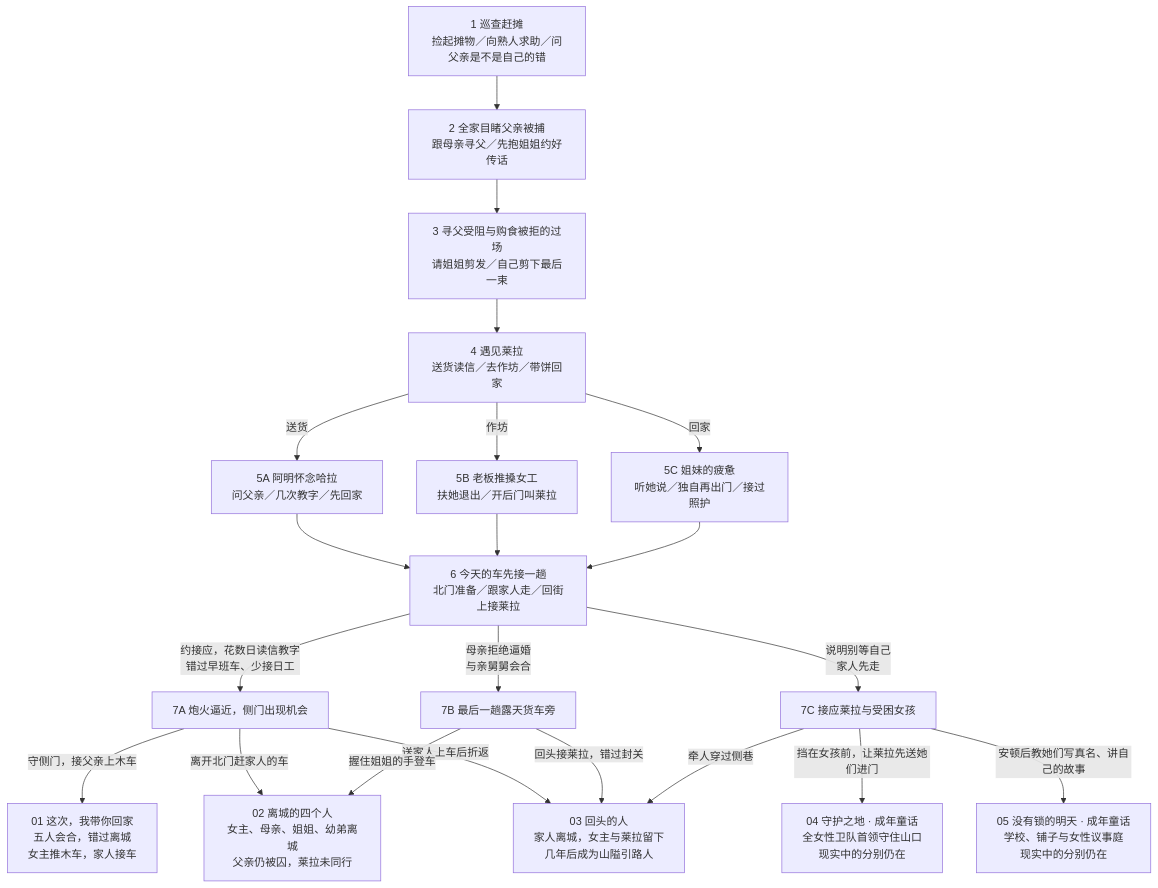
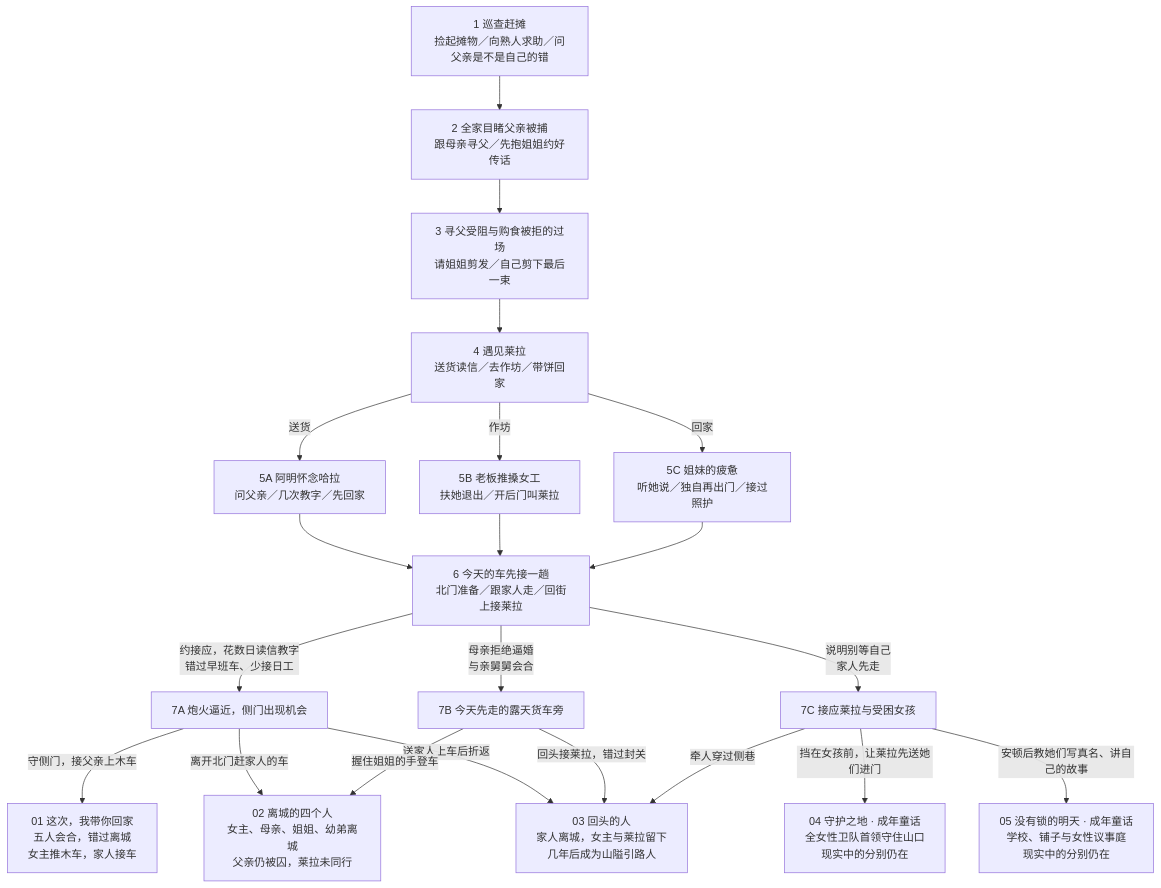
Before and after one commit to xypasolini-droid/sister-which-way: the diagram in docs/design/STORY-FLOW.md, drawn with Mermaid. The commit also changed other lines of this file and 4 other files, not shown here.

````diff
--- a/docs/design/STORY-FLOW.md
+++ b/docs/design/STORY-FLOW.md
@@ -7,23 +9,23 @@
 ```mermaid
 flowchart TD
   A["1 巡查赶摊<br/>捡起摊物／向熟人求助／问父亲是不是自己的错"] --> B["2 全家目睹父亲被捕<br/>跟母亲寻父／先抱姐姐约好传话"]
   B --> C["3 寻父受阻与购食被拒的过场<br/>请姐姐剪发／自己剪下最后一束"]
   C --> D["4 遇见莱拉<br/>送货读信／去作坊／带饼回家"]
   D -->|送货| E1["5A 阿明怀念哈拉<br/>问父亲／几次教字／先回家"]
   D -->|作坊| E2["5B 老板推搡女工<br/>扶她退出／开后门叫莱拉"]
   D -->|回家| E3["5C 姐妹的疲惫<br/>听她说／独自再出门／接过照护"]
   E1 --> F["6 今天的车先接一趟<br/>北门准备／跟家人走／回街上接莱拉"]
   E2 --> F
   E3 --> F
   F -->|约接应，花数日读信教字<br/>错过早班车、少接日工| G1["7A 炮火逼近，侧门出现机会"]
-  F -->|母亲拒绝逼婚<br/>与亲舅舅会合| G2["7B 最后一趟露天货车旁"]
+  F -->|母亲拒绝逼婚<br/>与亲舅舅会合| G2["7B 今天先走的露天货车旁"]
   F -->|说明别等自己<br/>家人先走| G3["7C 接应莱拉与受困女孩"]
   G1 -->|守侧门，接父亲上木车| R["01 这次，我带你回家<br/>五人会合，错过离城<br/>女主推木车，家人接车"]
   G1 -->|离开北门赶家人的车| T["02 离城的四个人<br/>女主、母亲、姐姐、幼弟离城<br/>父亲仍被囚，莱拉未同行"]
   G1 -->|送家人上车后折返| U["03 回头的人<br/>家人离城，女主与莱拉留下<br/>几年后成为山隘引路人"]
   G2 -->|握住姐姐的手登车| T
   G2 -->|回头接莱拉，错过封关| U
   G3 -->|牵人穿过侧巷| U
   G3 -->|挡在女孩前，让莱拉先送她们进门| V["04 守护之地 · 成年童话<br/>全女性卫队首领守住山口<br/>现实中的分别仍在"]
   G3 -->|安顿后教她们写真名、讲自己的故事| W["05 没有锁的明天 · 成年童话<br/>学校、铺子与女性议事庭<br/>现实中的分别仍在"]
 ```
````
